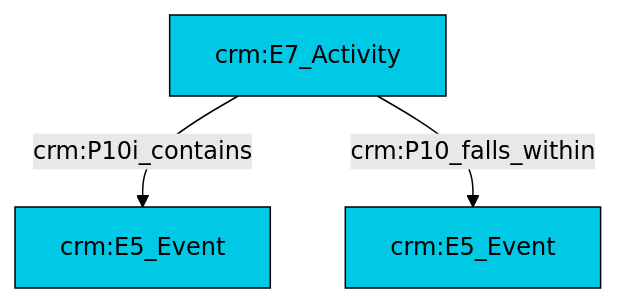
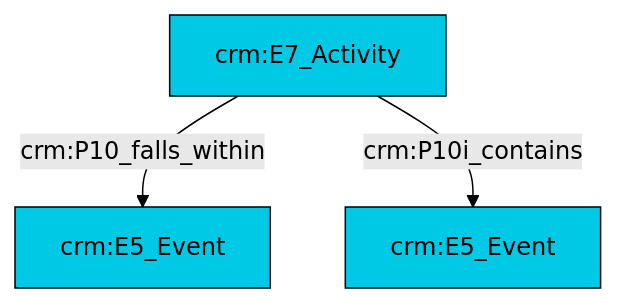
One commit to swiss-art-research-net/docs.swissartresearch changed the diagram in et/eventCSV/ttl/mmd/event_parthood.ttl.mmd. Above: the diagram before and after it, drawn with Mermaid (forest theme). The commit also changed 169 other files, not shown here.

```diff
--- a/et/eventCSV/ttl/mmd/event_parthood.ttl.mmd
+++ b/et/eventCSV/ttl/mmd/event_parthood.ttl.mmd
@@ -1,17 +1,17 @@
 graph TD
 classDef Literal fill:#f2f2f2,stroke:#000000;
 classDef CRM_Entity fill:#FFFFFF,stroke:#000000;
 classDef Temporal_Entity fill:#00C9E6, stroke:#000000;
 classDef Type fill:#E18312, stroke:#000000;
 classDef Time-Span fill:#2C9C91, stroke:#000000;
 classDef Appellation fill:#FFEB7F, stroke:#000000;
 classDef Place fill:#008836, stroke:#000000;
 classDef Persistent_Item fill:#B266B2, stroke:#000000;
 classDef Conceptual_Object fill:#FFD700, stroke:#000000;
 classDef Physical_Thing fill:#D2B48C, stroke:#000000;
 classDef Actor fill:#f58aad, stroke:#000000;
 classDef PC_Classes fill:#4ce600, stroke:#000000;
 classDef Multi fill:#cccccc,stroke:#000000;
 
-0["crm:E7_Activity"]:::Temporal_Entity -->|crm:P10i_contains| 2["crm:E5_Event"]:::Temporal_Entity
-0["crm:E7_Activity"]:::Temporal_Entity -->|crm:P10_falls_within| 3["crm:E5_Event"]:::Temporal_Entity
+2["crm:E7_Activity"]:::Temporal_Entity -->|crm:P10_falls_within| 0["crm:E5_Event"]:::Temporal_Entity
+2["crm:E7_Activity"]:::Temporal_Entity -->|crm:P10i_contains| 4["crm:E5_Event"]:::Temporal_Entity
```
